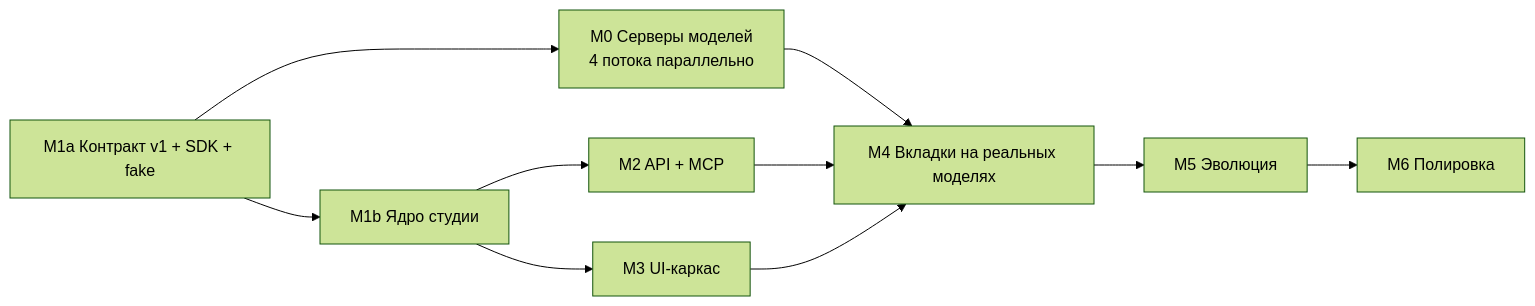
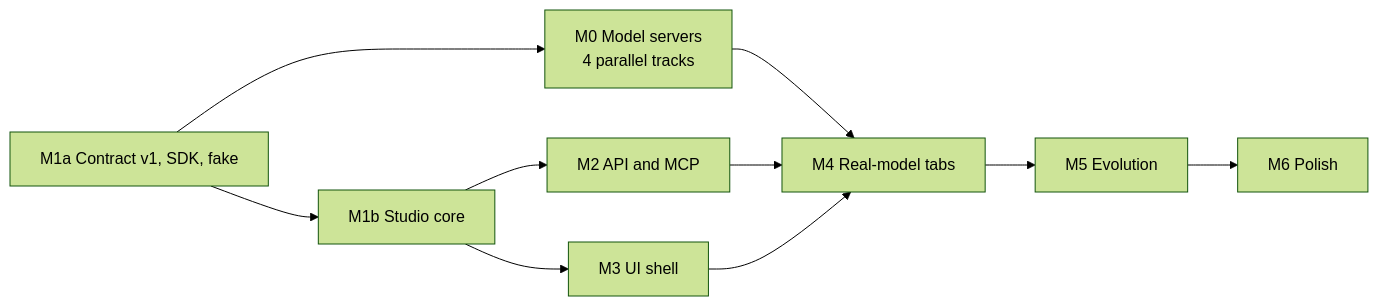
One commit to kvladsrc/gym changed the second of 2 diagrams in assets_studio/PLAN.md. Above: the diagram before and after it, drawn with Mermaid (forest theme). The commit also changed other lines of this file and 60 other files, not shown here.

````diff
--- a/assets_studio/PLAN.md
+++ b/assets_studio/PLAN.md
@@ -247,12 +222,12 @@
 ```mermaid
 flowchart LR
-  A[M1a Контракт v1 + SDK + fake] --> M0[M0 Серверы моделей<br/>4 потока параллельно]
-  A --> B[M1b Ядро студии]
-  B --> C[M2 API + MCP]
-  B --> D[M3 UI-каркас]
-  M0 --> E[M4 Вкладки на реальных моделях]
+  A[M1a Contract v1, SDK, fake] --> M0[M0 Model servers<br/>4 parallel tracks]
+  A --> B[M1b Studio core]
+  B --> C[M2 API and MCP]
+  B --> D[M3 UI shell]
+  M0 --> E[M4 Real-model tabs]
   C --> E
   D --> E
-  E --> F[M5 Эволюция]
-  F --> G[M6 Полировка]
+  E --> F[M5 Evolution]
+  F --> G[M6 Polish]
 ```
````
